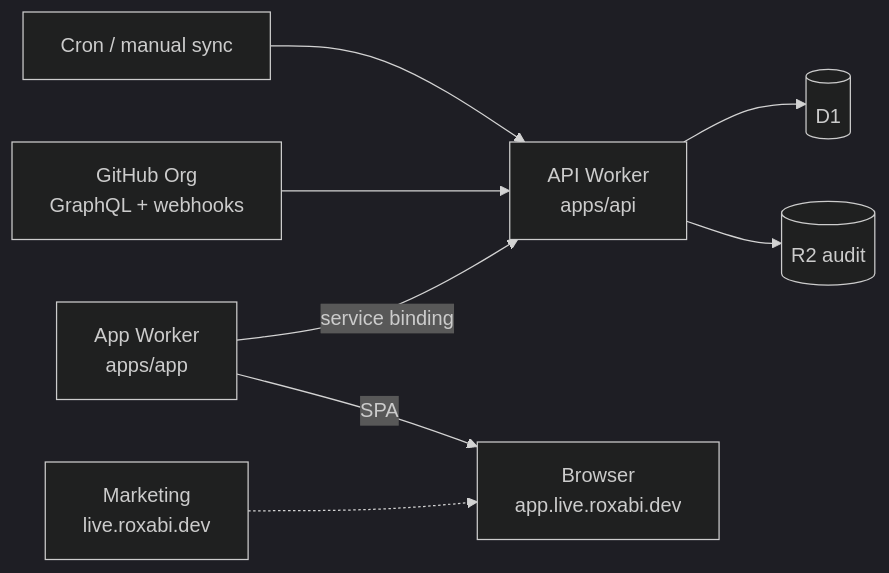
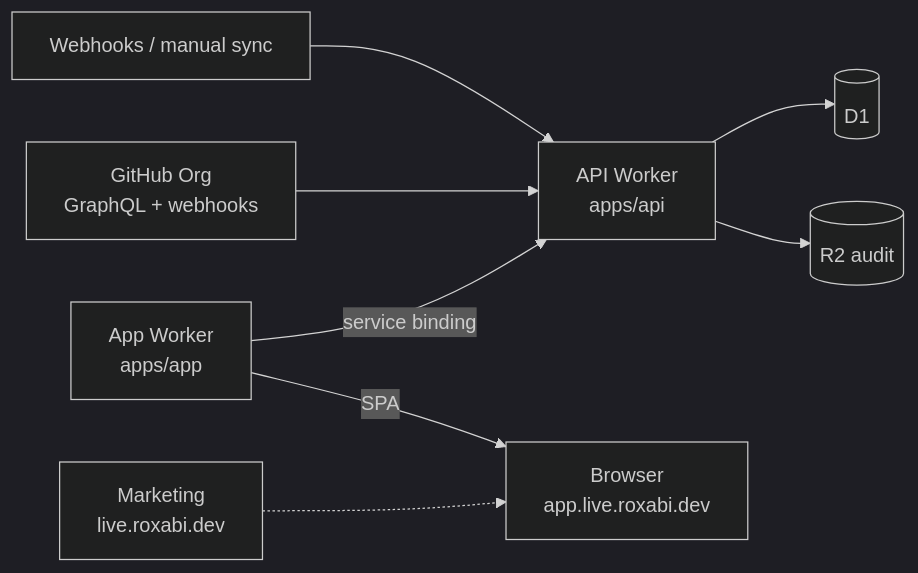
Before and after one commit to Roxabi/roxabi-live: the diagram in README.md, drawn with Mermaid (dark theme). The commit also changed other lines of this file and 7 other files, not shown here.

````diff
--- a/README.md
+++ b/README.md
@@ -52,18 +52,18 @@
 ```mermaid
 flowchart LR
-    CRON[Cron / manual sync]
+    CRON[Webhooks / manual sync]
     GH[GitHub Org\nGraphQL + webhooks]
     API[API Worker\napps/api]
     APP[App Worker\napps/app]
     DB[(D1)]
     R2[(R2 audit)]
     MKT[Marketing\nlive.roxabi.dev]
 
     CRON --> API
     GH --> API
     API --> DB
     APP -->|service binding| API
     APP -->|SPA| Browser[Browser\napp.live.roxabi.dev]
     API --> R2
     MKT -.-> Browser
 ```
````
